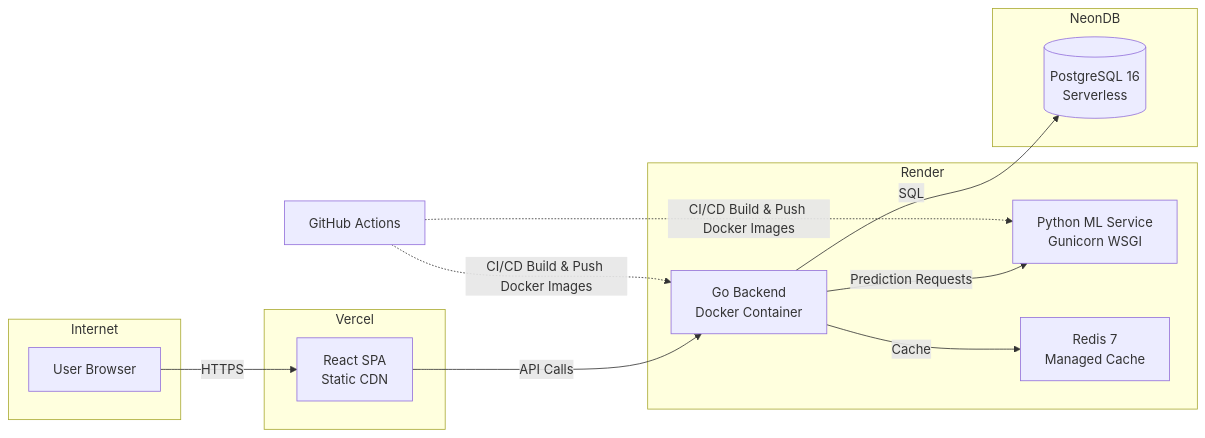
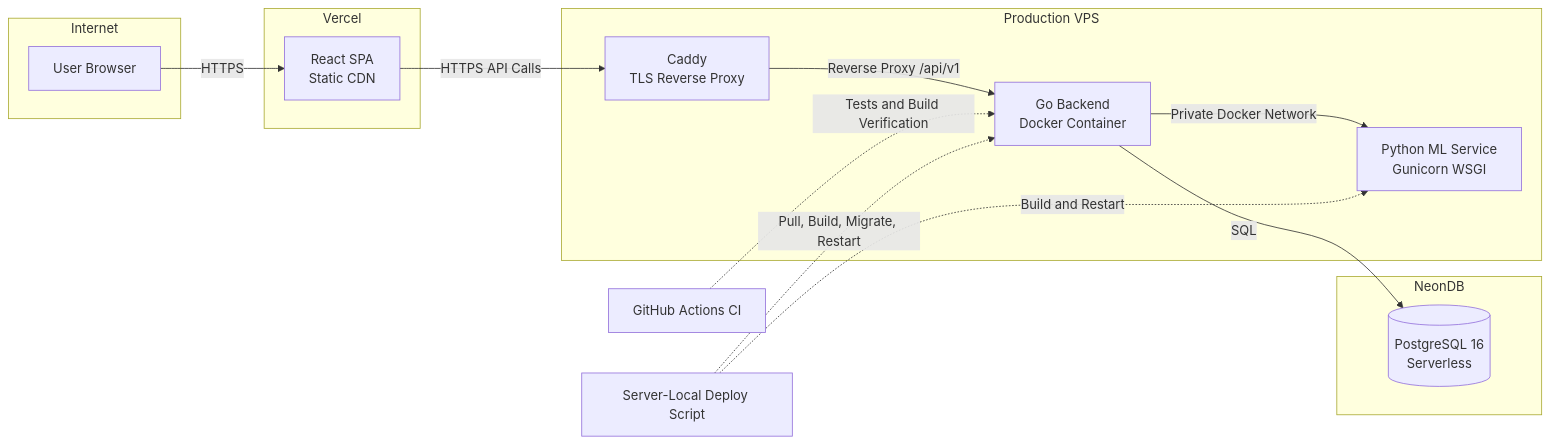
One commit to Skufu/DianaV2 changed the seventh of 7 diagrams in docs/07-research/thesis-drafts/ch3+4.md. Above: the diagram before and after it, drawn with Mermaid. The commit also changed other lines of this file and 46 other files, not shown here.

````diff
--- a/docs/07-research/thesis-drafts/ch3+4.md
+++ b/docs/07-research/thesis-drafts/ch3+4.md
@@ -1100,29 +1119,30 @@
 ```mermaid
 graph LR
     subgraph Internet
         A[User Browser]
     end
 
     subgraph Vercel
         B[React SPA<br/>Static CDN]
     end
 
-    subgraph Render
+    subgraph VPS["Production VPS"]
+        P[Caddy<br/>TLS Reverse Proxy]
         C[Go Backend<br/>Docker Container]
         D[Python ML Service<br/>Gunicorn WSGI]
-        E[Redis 7<br/>Managed Cache]
     end
 
     subgraph NeonDB
         F[(PostgreSQL 16<br/>Serverless)]
     end
 
     A -->|HTTPS| B
-    B -->|API Calls| C
-    C -->|Prediction Requests| D
+    B -->|HTTPS API Calls| P
+    P -->|Reverse Proxy /api/v1| C
+    C -->|Private Docker Network| D
     C -->|SQL| F
-    C -->|Cache| E
 
-    G[GitHub Actions] -.->|CI/CD Build & Push Docker Images| C
-    G -.->|CI/CD Build & Push Docker Images| D
+    G[GitHub Actions CI] -.->|Tests and Build Verification| C
+    H[Server-Local Deploy Script] -.->|Pull, Build, Migrate, Restart| C
+    H -.->|Build and Restart| D
 ```
````
